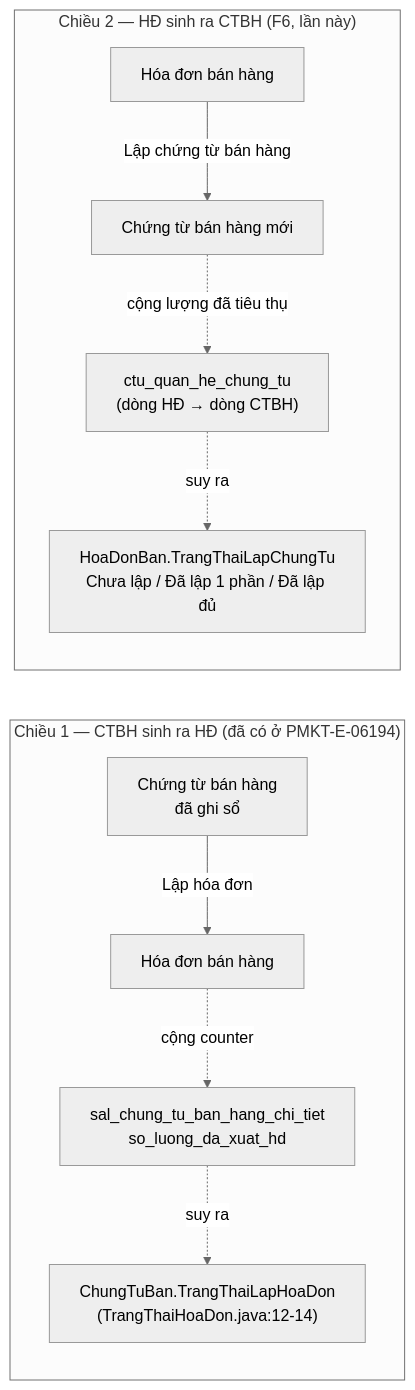
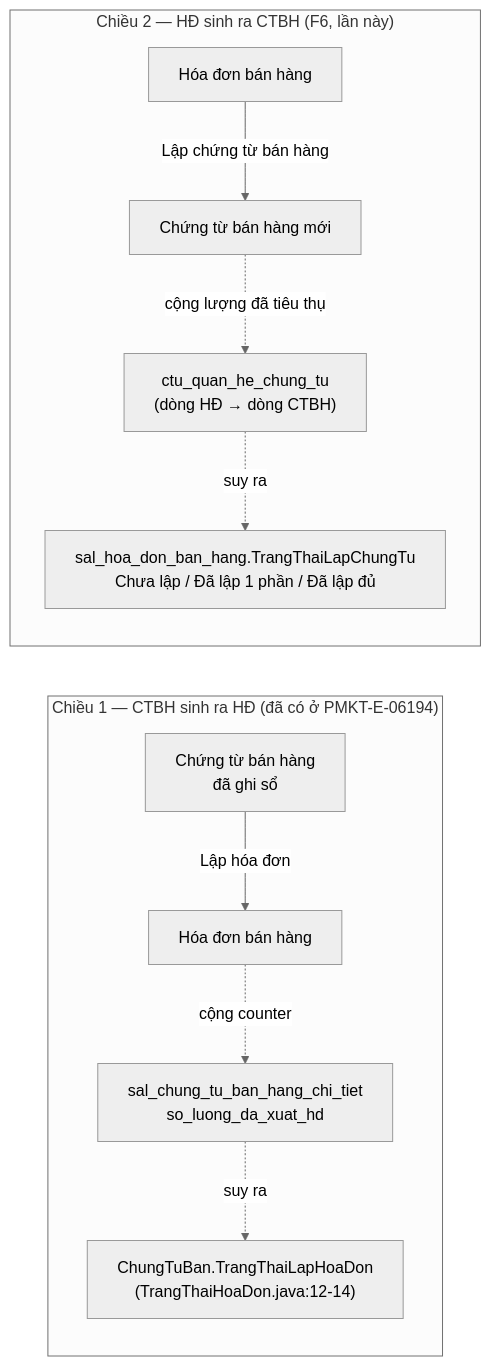
One commit to vuledat/pmkt-docs changed the first of 2 diagrams in doing/PMKT-E-06196-hoa-don-ban-hang-api/00-ke-hoach-tong.md. Above: the diagram before and after it, drawn with Mermaid (neutral theme). The commit also changed other lines of this file and 4 other files, not shown here.

````diff
--- a/doing/PMKT-E-06196-hoa-don-ban-hang-api/00-ke-hoach-tong.md
+++ b/doing/PMKT-E-06196-hoa-don-ban-hang-api/00-ke-hoach-tong.md
@@ -287,13 +327,13 @@
 ```mermaid
 flowchart LR
   subgraph Chieu1["Chiều 1 — CTBH sinh ra HĐ (đã có ở PMKT-E-06194)"]
     CT1[Chứng từ bán hàng<br/>đã ghi sổ] -->|Lập hóa đơn| HD1[Hóa đơn bán hàng]
     HD1 -.->|cộng counter| C1["sal_chung_tu_ban_hang_chi_tiet<br/>so_luong_da_xuat_hd"]
     C1 -.->|suy ra| S1["ChungTuBan.TrangThaiLapHoaDon<br/>(TrangThaiHoaDon.java:12-14)"]
   end
   subgraph Chieu2["Chiều 2 — HĐ sinh ra CTBH (F6, lần này)"]
     HD2[Hóa đơn bán hàng] -->|Lập chứng từ bán hàng| CT2[Chứng từ bán hàng mới]
     CT2 -.->|cộng lượng đã tiêu thụ| C2["ctu_quan_he_chung_tu<br/>(dòng HĐ → dòng CTBH)"]
-    C2 -.->|suy ra| S2["HoaDonBan.TrangThaiLapChungTu<br/>Chưa lập / Đã lập 1 phần / Đã lập đủ"]
+    C2 -.->|suy ra| S2["sal_hoa_don_ban_hang.TrangThaiLapChungTu<br/>Chưa lập / Đã lập 1 phần / Đã lập đủ"]
   end
 ```
````
